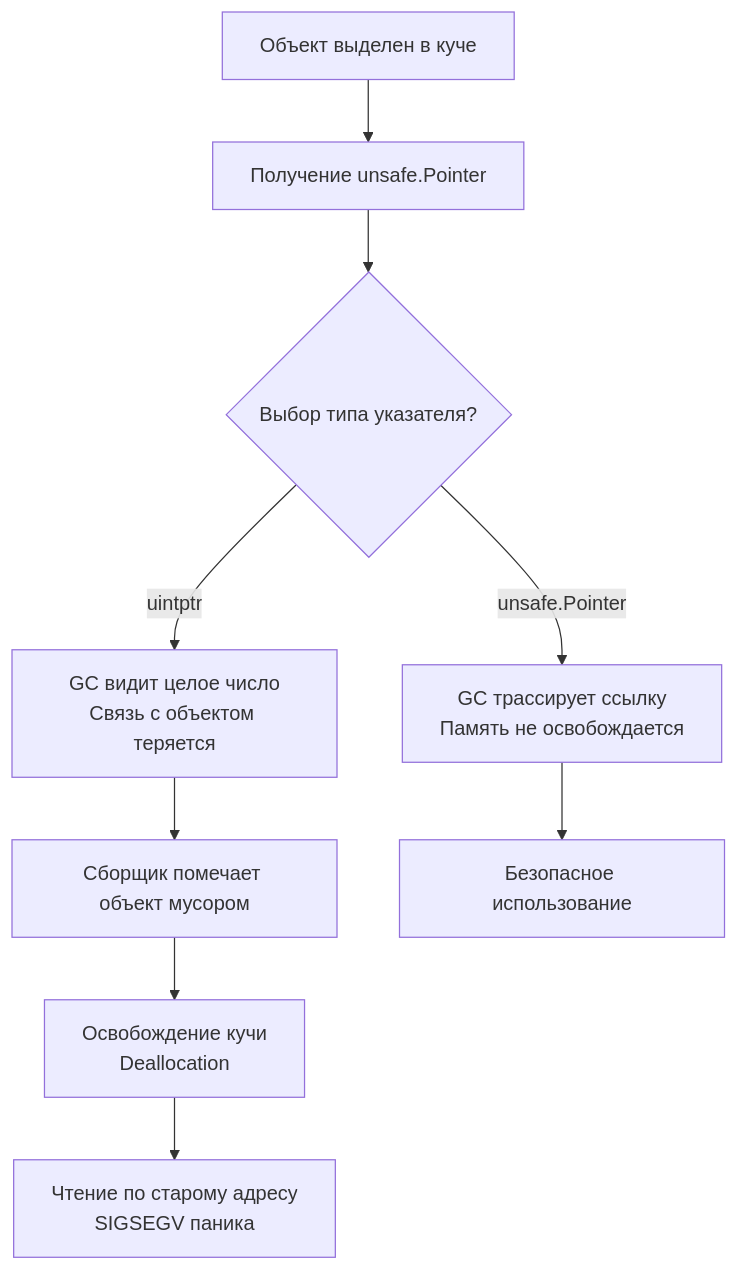
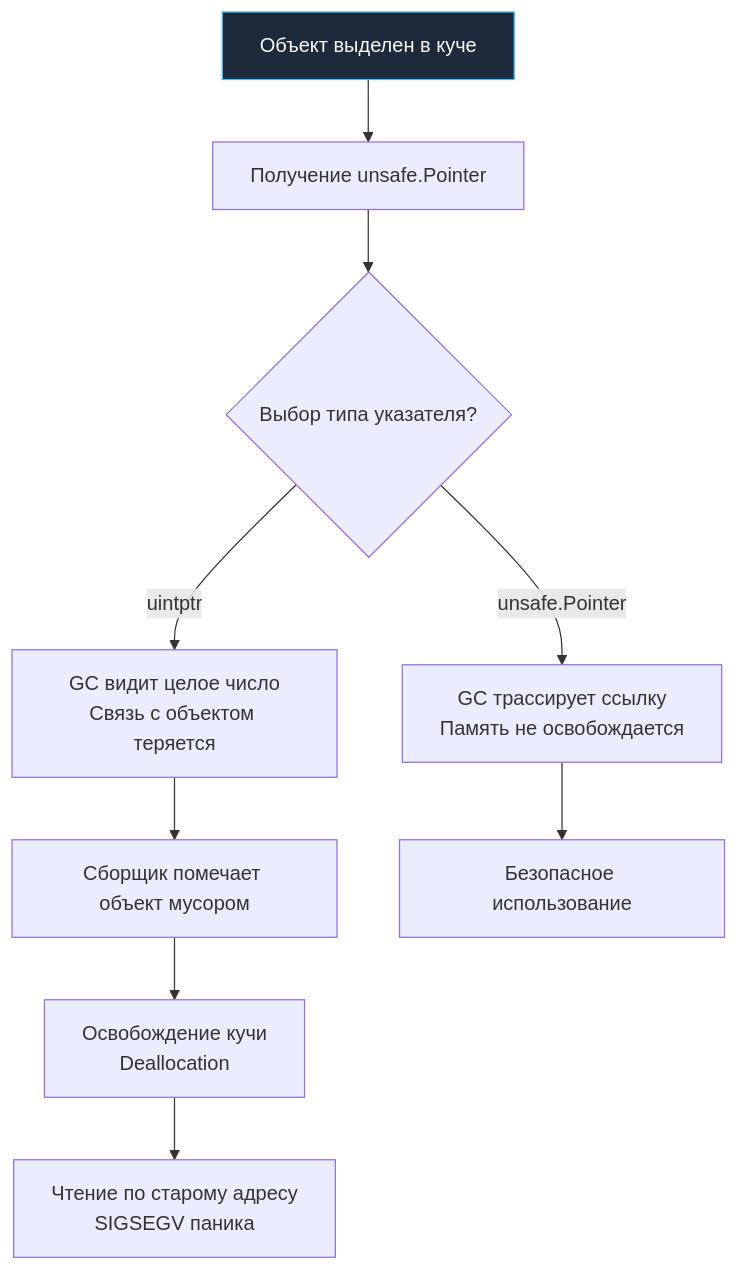
Before and after one commit to UnrealTemplier/go-textbook: the diagram in sources/6. Стандартная библиотека Go/24. unsafe. Когда и зачем нужен unsafe.md, drawn with Mermaid. The commit also changed 1666 other files, not shown here.

First line of the commit message:
feat(mermaid): add semantic color classDef to 1369 colorless flowchart/graph diagrams

````diff
--- a/sources/6. Стандартная библиотека Go/24. unsafe. Когда и зачем нужен unsafe.md
+++ b/sources/6. Стандартная библиотека Go/24. unsafe. Когда и зачем нужен unsafe.md
@@ -16,11 +16,21 @@
 ```mermaid
 flowchart TD
-    A["Объект выделен в куче"] --> B["Получение unsafe.Pointer"]
+    classDef process  fill:#1e293b,stroke:#38bdf8,stroke-width:1px,color:#f8fafc
+    classDef success  fill:#064e3b,stroke:#34d399,stroke-width:1px,color:#f8fafc
+    classDef error    fill:#7f1d1d,stroke:#f87171,stroke-width:1px,color:#f8fafc
+    classDef warning  fill:#78350f,stroke:#fbbf24,stroke-width:1px,color:#f8fafc
+    classDef entry    fill:#1e3a5f,stroke:#38bdf8,stroke-width:2px,color:#f8fafc
+    classDef aux      fill:#334155,stroke:#64748b,stroke-width:1px,color:#f8fafc
+    classDef system   fill:#312e81,stroke:#a78bfa,stroke-width:1px,color:#f8fafc
+    classDef data     fill:#132d29,stroke:#2dd4bf,stroke-width:1px,color:#f8fafc
+    classDef network  fill:#881337,stroke:#fb7185,stroke-width:1px,color:#f8fafc
+    classDef accent   fill:#1e1b4b,stroke:#818cf8,stroke-width:1px,color:#f8fafc
+    A["Объект выделен в куче"]:::process --> B["Получение unsafe.Pointer"]
     B --> C{"Выбор типа указателя?"}
     C -->|unsafe.Pointer| D["GC трассирует ссылку<br>Память не освобождается"]
     C -->|uintptr| E["GC видит целое число<br>Связь с объектом теряется"]
     E --> F["Сборщик помечает объект мусором"]
     F --> G["Освобождение кучи<br>Deallocation"]
     G --> H["Чтение по старому адресу<br>SIGSEGV паника"]
     D --> I["Безопасное использование"]
 ```
````
